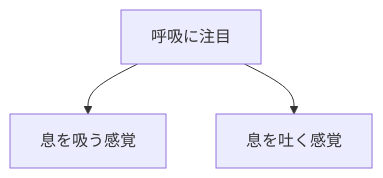
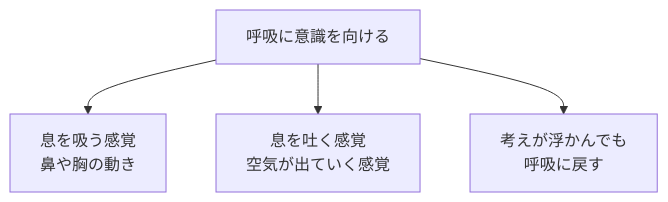
The second of 3 diagrams in content/blog/298-mindfulness-present-moment.md (tndg16-bot/portfolio-site), drawn with Mermaid before and after one commit. The commit also changed other lines of this file and 19 other files, not shown here.

````diff
--- a/content/blog/298-mindfulness-present-moment.md
+++ b/content/blog/298-mindfulness-present-moment.md
@@ -50,6 +52,7 @@
 ```mermaid
 graph TD
-    A[呼吸に注目]
-    A --> B[息を吸う感覚]
-    A --> C[息を吐く感覚]
+    A[呼吸に意識を向ける]
+    A --> B[息を吸う感覚<br/>鼻や胸の動き]
+    A --> C[息を吐く感覚<br/>空気が出ていく感覚]
+    A --> D[考えが浮かんでも<br/>呼吸に戻す]
 ```
````
